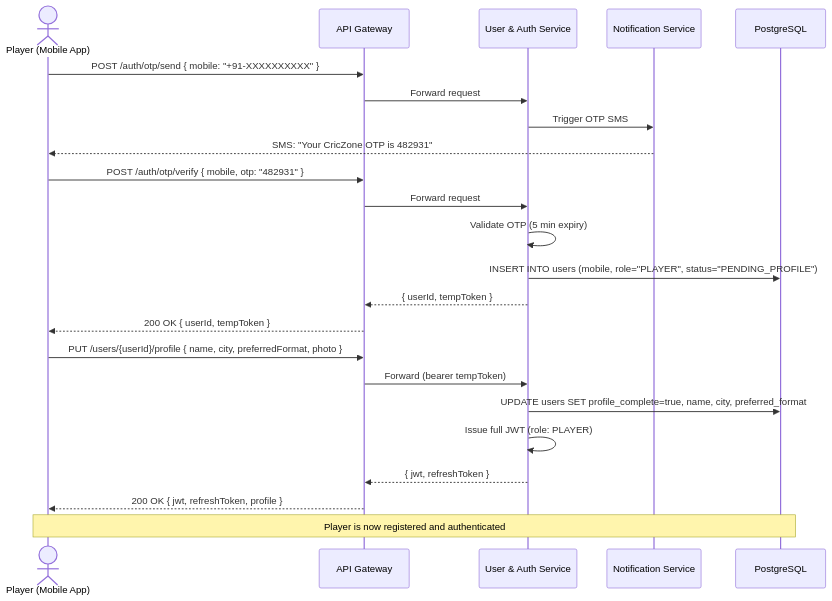
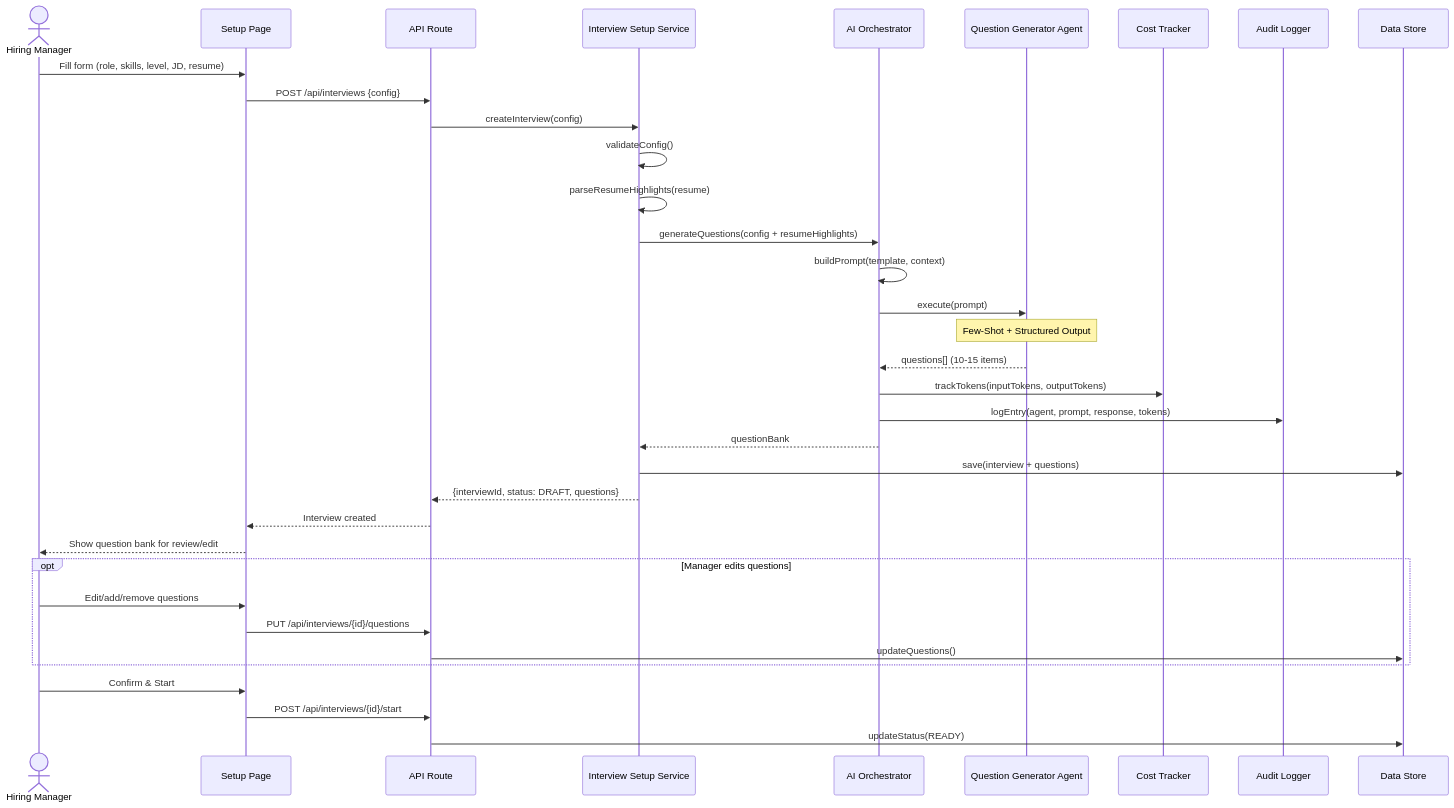
Before and after one commit to adityasinghz/kata: the first of 4 diagrams in SEQUENCE_DIAGRAMS.md, drawn with Mermaid. The commit also changed other lines of this file and 20 other files, not shown here.

````diff
--- a/SEQUENCE_DIAGRAMS.md
+++ b/SEQUENCE_DIAGRAMS.md
@@ -9,29 +7,40 @@
 ```mermaid
 sequenceDiagram
-    actor User as Player (Mobile App)
-    participant GW as API Gateway
-    participant AUTH as User & Auth Service
-    participant NOTIFY as Notification Service
-    participant PG as PostgreSQL
+    actor HM as Hiring Manager
+    participant UI as Setup Page
+    participant API as API Route
+    participant IS as Interview Setup Service
+    participant ORCH as AI Orchestrator
+    participant QG as Question Generator Agent
+    participant TC as Cost Tracker
+    participant AL as Audit Logger
+    participant DB as Data Store
 
-    User->>GW: POST /auth/otp/send { mobile: "+91-XXXXXXXXXX" }
-    GW->>AUTH: Forward request
-    AUTH->>NOTIFY: Trigger OTP SMS
-    NOTIFY-->>User: SMS: "Your CricZone OTP is 482931"
+    HM->>UI: Fill form (role, skills, level, JD, resume)
+    UI->>API: POST /api/interviews {config}
+    API->>IS: createInterview(config)
+    IS->>IS: validateConfig()
+    IS->>IS: parseResumeHighlights(resume)
+    IS->>ORCH: generateQuestions(config + resumeHighlights)
+    ORCH->>ORCH: buildPrompt(template, context)
+    ORCH->>QG: execute(prompt)
+    Note over QG: Few-Shot + Structured Output
+    QG-->>ORCH: questions[] (10-15 items)
+    ORCH->>TC: trackTokens(inputTokens, outputTokens)
+    ORCH->>AL: logEntry(agent, prompt, response, tokens)
+    ORCH-->>IS: questionBank
+    IS->>DB: save(interview + questions)
+    IS-->>API: {interviewId, status: DRAFT, questions}
+    API-->>UI: Interview created
+    UI-->>HM: Show question bank for review/edit
     
-    User->>GW: POST /auth/otp/verify { mobile, otp: "482931" }
-    GW->>AUTH: Forward request
-    AUTH->>AUTH: Validate OTP (5 min expiry)
-    AUTH->>PG: INSERT INTO users (mobile, role="PLAYER", status="PENDING_PROFILE")
-    AUTH-->>GW: { userId, tempToken }
-    GW-->>User: 200 OK { userId, tempToken }
+    opt Manager edits questions
+        HM->>UI: Edit/add/remove questions
+        UI->>API: PUT /api/interviews/{id}/questions
+        API->>DB: updateQuestions()
+    end
     
-    User->>GW: PUT /users/{userId}/profile { name, city, preferredFormat, photo }
-    GW->>AUTH: Forward (bearer tempToken)
-    AUTH->>PG: UPDATE users SET profile_complete=true, name, city, preferred_format
-    AUTH->>AUTH: Issue full JWT (role: PLAYER)
-    AUTH-->>GW: { jwt, refreshToken }
-    GW-->>User: 200 OK { jwt, refreshToken, profile }
-    
-    Note over User,PG: Player is now registered and authenticated
+    HM->>UI: Confirm & Start
+    UI->>API: POST /api/interviews/{id}/start
+    API->>DB: updateStatus(READY)
 ```
````
